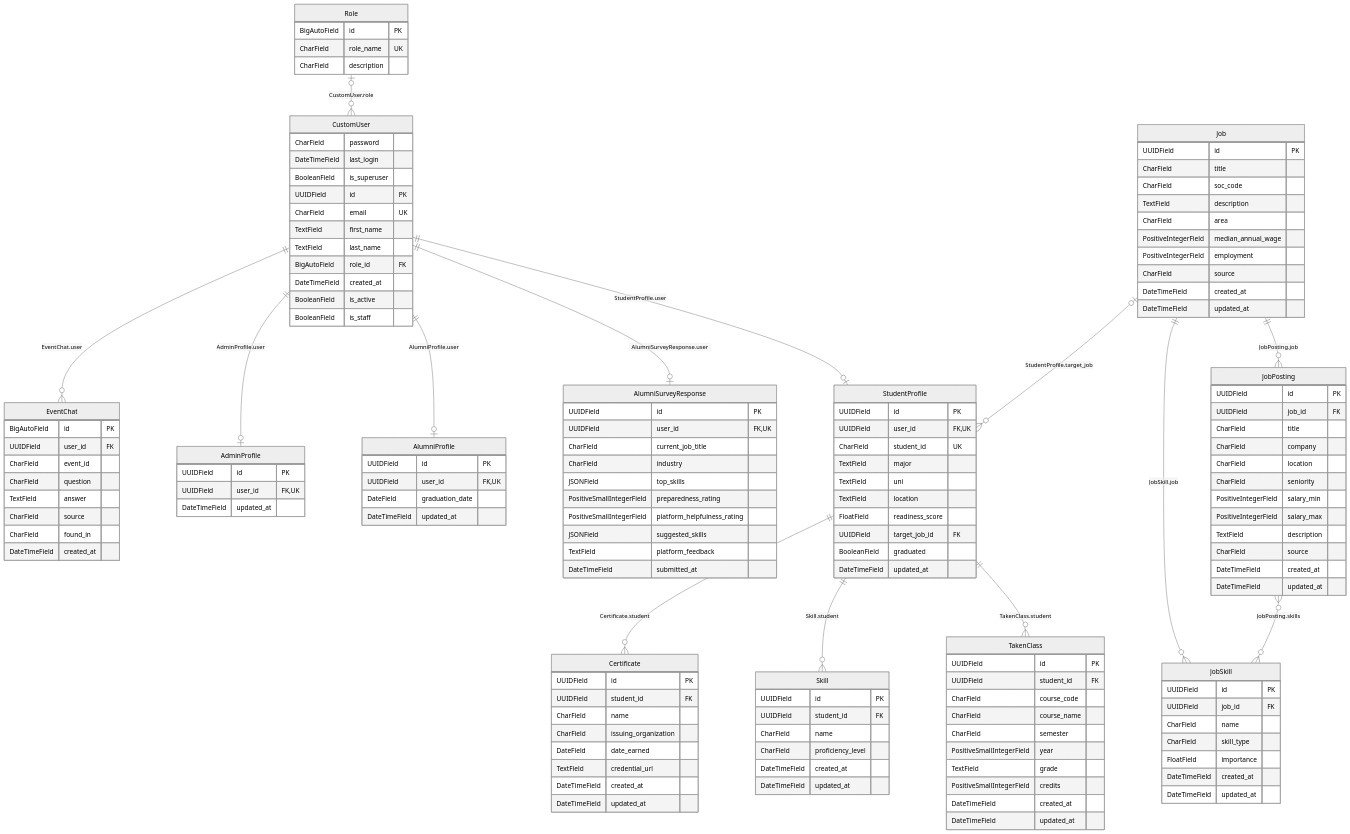
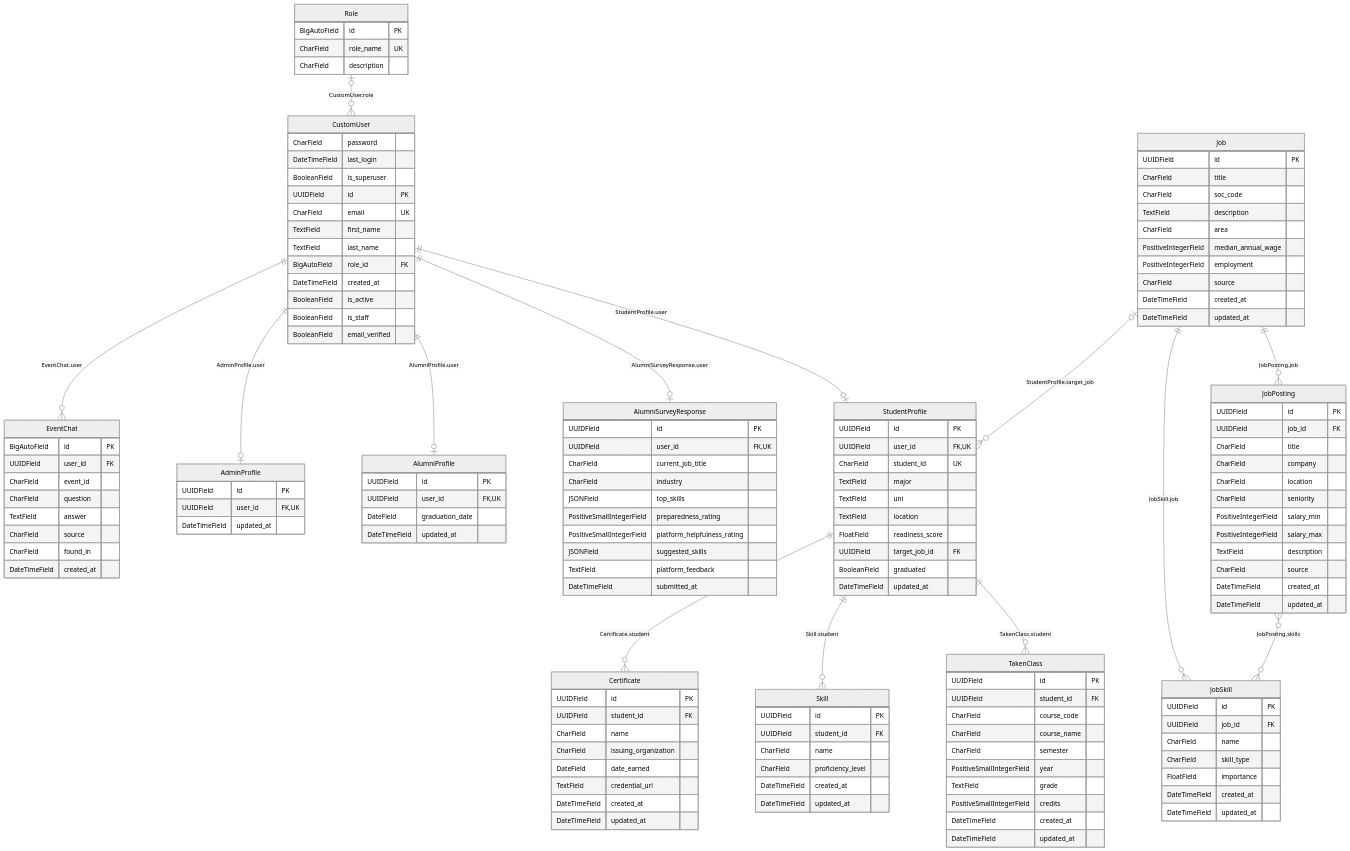
Before and after one commit to GradPace/GradPace-Prototype: the diagram in backend/docs/schema.md, drawn with Mermaid (neutral theme). The commit also changed 11 other files, not shown here.

```diff
--- a/backend/docs/schema.md
+++ b/backend/docs/schema.md
@@ -47,6 +47,7 @@
         DateTimeField created_at
         BooleanField is_active
         BooleanField is_staff
+        BooleanField email_verified
     }
     StudentProfile {
         UUIDField id PK
```
